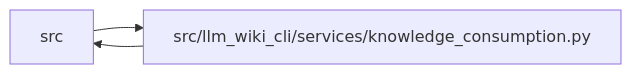
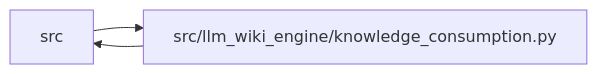
The diagram in docs/llm_wiki/modules/knowledge_consumption.md (Denissvgn/python-wiki-llm), drawn with Mermaid before and after one commit. The commit also changed other lines of this file and 1058 other files, not shown here.

First line of the commit message:
docs: refresh the wiki for the knowledge store move

````diff
--- a/docs/llm_wiki/modules/knowledge_consumption.md
+++ b/docs/llm_wiki/modules/knowledge_consumption.md
@@ -46,8 +47,8 @@
 ```mermaid
 flowchart LR
     n0["src"]
-    n1["src/llm_wiki_cli/services/knowledge_consumption.py"]
+    n1["src/llm_wiki_engine/knowledge_consumption.py"]
     n0 --> n1
     n1 --> n0
     click n1 "../modules/knowledge_consumption.md"
 ```
````
